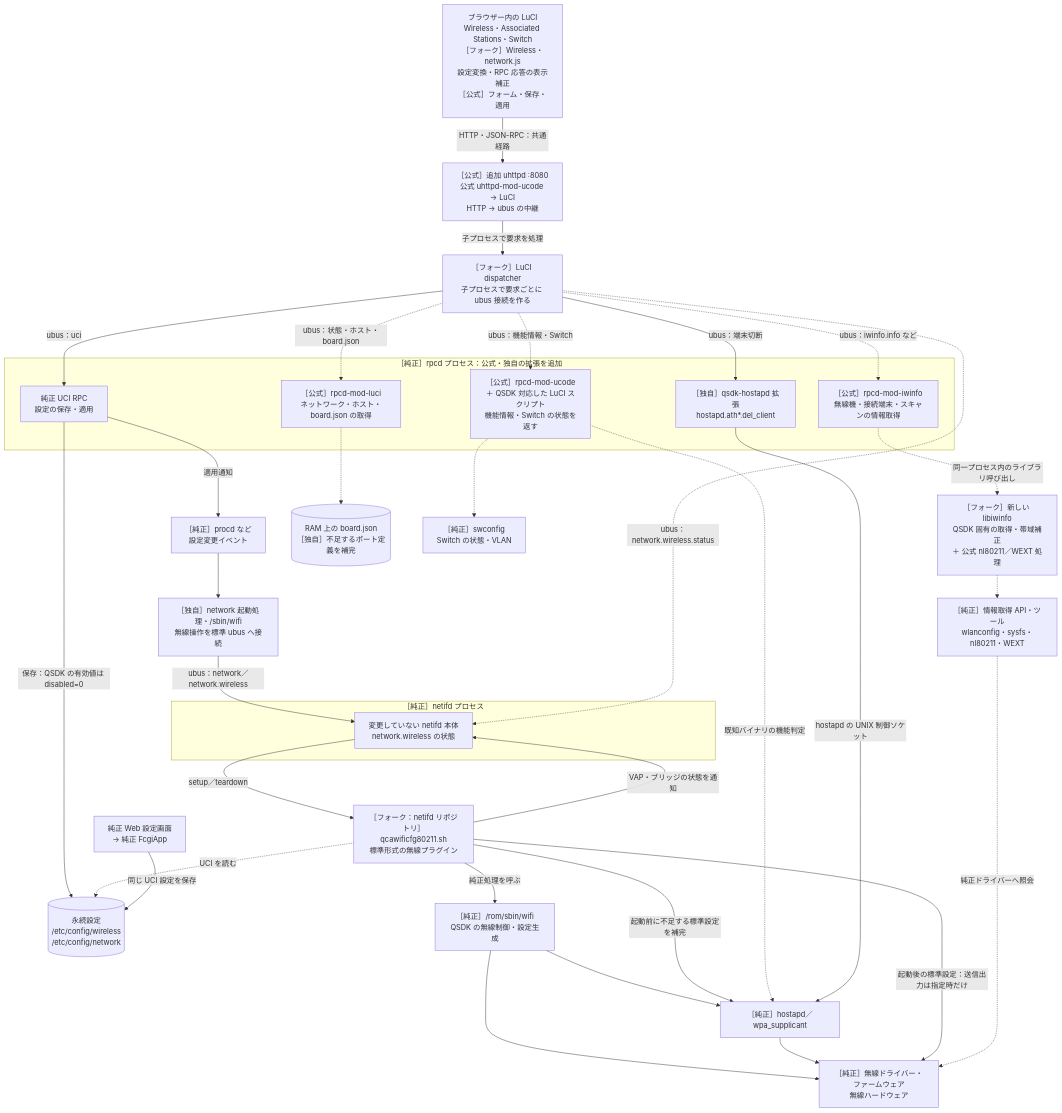
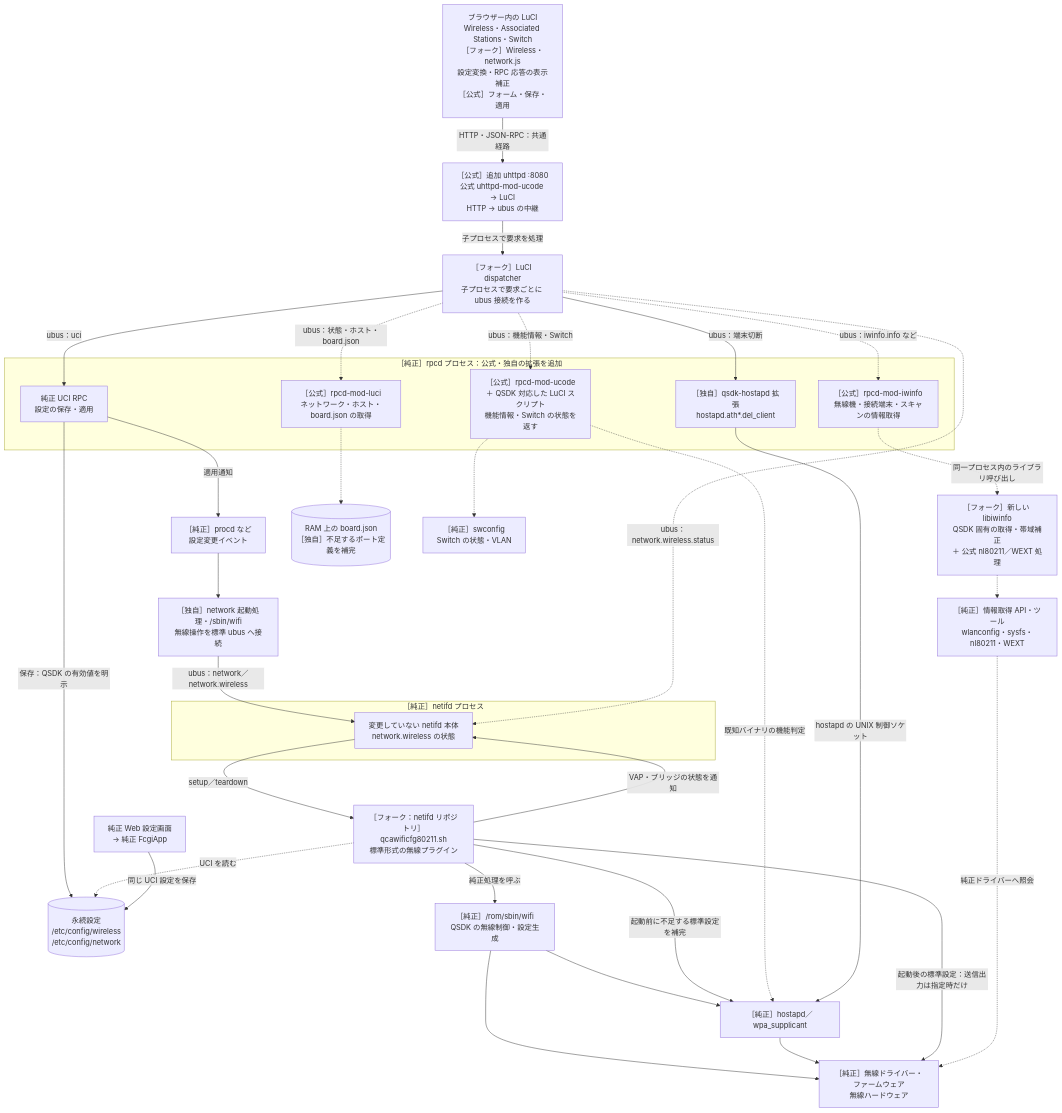
Before and after one commit to onokatio/luci: the first of 3 diagrams in README.md, drawn with Mermaid. The commit also changed other lines of this file and 4 other files, not shown here.

````diff
--- a/README.md
+++ b/README.md
@@ -22,63 +22,63 @@
 ```mermaid
 flowchart TD
     UI["ブラウザー内の LuCI<br/>Wireless・Associated Stations・Switch<br/>［フォーク］Wireless・network.js<br/>設定変換・RPC 応答の表示補正<br/>［公式］フォーム・保存・適用"]
     HTTP["［公式］追加 uhttpd :8080<br/>公式 uhttpd-mod-ucode → LuCI<br/>HTTP → ubus の中継"]
     DISPATCH["［フォーク］LuCI dispatcher<br/>子プロセスで要求ごとに ubus 接続を作る"]
 
     subgraph RPC["［純正］rpcd プロセス：公式・独自の拡張を追加"]
         UCIAPI["純正 UCI RPC<br/>設定の保存・適用"]
         LRPC["［公式］rpcd-mod-luci<br/>ネットワーク・ホスト・board.json の取得"]
         IRPC["［公式］rpcd-mod-iwinfo<br/>無線機・接続端末・スキャンの情報取得"]
         URPC["［公式］rpcd-mod-ucode<br/>＋ QSDK 対応した LuCI スクリプト<br/>機能情報・Switch の状態を返す"]
         DISCONNECT["［独自］qsdk-hostapd 拡張<br/>hostapd.ath*.del_client"]
     end
 
     CONFIG[("永続設定<br/>/etc/config/wireless<br/>/etc/config/network")]
     EVENT["［純正］procd など<br/>設定変更イベント"]
     WRAP["［独自］network 起動処理・/sbin/wifi<br/>無線操作を標準 ubus へ接続"]
 
     subgraph NET["［純正］netifd プロセス"]
         CORE["変更していない netifd 本体<br/>network.wireless の状態"]
     end
 
     PLUGIN["［フォーク：netifd リポジトリ］<br/>qcawificfg80211.sh<br/>標準形式の無線プラグイン"]
     OEM["［純正］/rom/sbin/wifi<br/>QSDK の無線制御・設定生成"]
     AUTH["［純正］hostapd／wpa_supplicant"]
     DRIVER["［純正］無線ドライバー・ファームウェア<br/>無線ハードウェア"]
     NATIVE["［純正］情報取得 API・ツール<br/>wlanconfig・sysfs・nl80211・WEXT"]
     IW["［フォーク］新しい libiwinfo<br/>QSDK 固有の取得・帯域補正<br/>＋ 公式 nl80211／WEXT 処理"]
     BOARD[("RAM 上の board.json<br/>［独自］不足するポート定義を補完")]
     SW["［純正］swconfig<br/>Switch の状態・VLAN"]
     WEB["純正 Web 設定画面<br/>→ 純正 FcgiApp"]
 
     UI -->|"HTTP・JSON-RPC：共通経路"| HTTP
     HTTP -->|"子プロセスで要求を処理"| DISPATCH
     DISPATCH -->|"ubus：uci"| UCIAPI
-    UCIAPI -->|"保存：QSDK の有効値は disabled=0"| CONFIG
+    UCIAPI -->|"保存：QSDK の有効値を明示"| CONFIG
     UCIAPI -->|"適用通知"| EVENT
     EVENT --> WRAP
     WRAP -->|"ubus：network／network.wireless"| CORE
     CORE -->|"setup／teardown"| PLUGIN
     PLUGIN -.->|"UCI を読む"| CONFIG
     PLUGIN -->|"純正処理を呼ぶ"| OEM
     OEM --> AUTH
     OEM --> DRIVER
     AUTH --> DRIVER
     PLUGIN -->|"起動前に不足する標準設定を補完"| AUTH
     PLUGIN -->|"起動後の標準設定：送信出力は指定時だけ"| DRIVER
     PLUGIN -->|"VAP・ブリッジの状態を通知"| CORE
     WEB -->|"同じ UCI 設定を保存"| CONFIG
 
     DISPATCH -.->|"ubus：状態・ホスト・board.json"| LRPC
     DISPATCH -.->|"ubus：iwinfo.info など"| IRPC
     DISPATCH -.->|"ubus：機能情報・Switch"| URPC
     DISPATCH -->|"ubus：端末切断"| DISCONNECT
     DISPATCH -.->|"ubus：network.wireless.status"| CORE
     IRPC -.->|"同一プロセス内のライブラリ呼び出し"| IW
     IW -.-> NATIVE
     NATIVE -.->|"純正ドライバーへ照会"| DRIVER
     LRPC -.-> BOARD
     URPC -.-> SW
     URPC -.->|"既知バイナリの機能判定"| AUTH
     DISCONNECT -->|"hostapd の UNIX 制御ソケット"| AUTH
 ```
````
